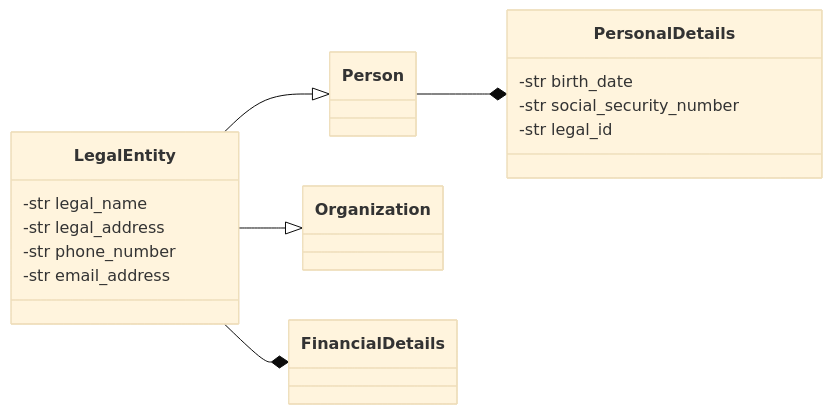
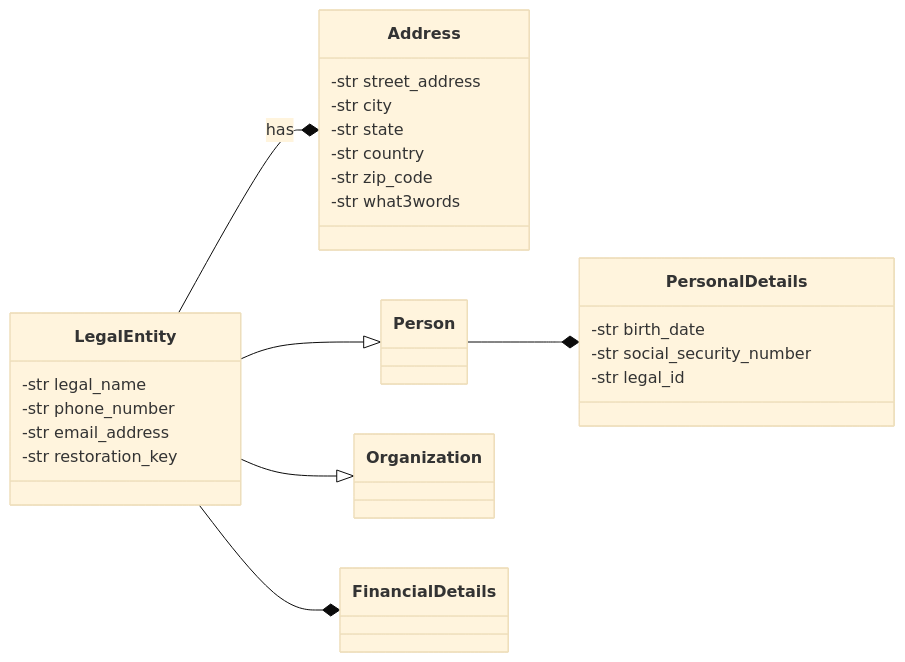
Before and after one commit to TetraPlex-org/central: the diagram in Documentation/technical/private data.md, drawn with Mermaid (base theme). The commit also changed other lines of this file and 5 other files, not shown here.

Commit message:
docs(model): lots of mermaiding

````diff
--- a/Documentation/technical/private data.md
+++ b/Documentation/technical/private data.md
@@ -5,22 +5,32 @@
 ```mermaid
 classDiagram
 direction LR
     class LegalEntity{
         -str legal_name
-        -str legal_address
         -str phone_number
         -str email_address
+        %% original key, not accessible by the user. derived keys can be used to reclaim the account
+        -str restoration_key
     }
+    class Address{
+        -str street_address
+        -str city
+        -str state
+        -str country
+        -str zip_code
+        -str what3words
+    }
+    LegalEntity --* Address : has
 
     LegalEntity --|> Person
     LegalEntity --|> Organization
     LegalEntity --* FinancialDetails
     Person --* PersonalDetails
 
     class FinancialDetails
     class PersonalDetails{
         -str birth_date
         -str social_security_number
         -str legal_id
     }
 ```
````
